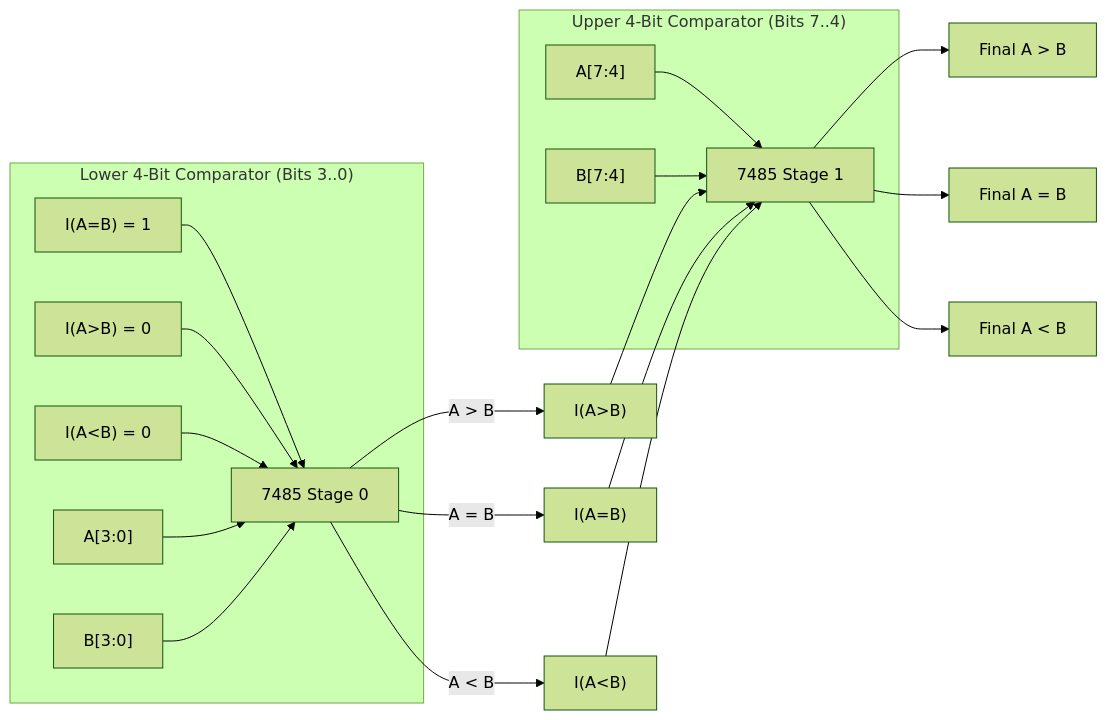
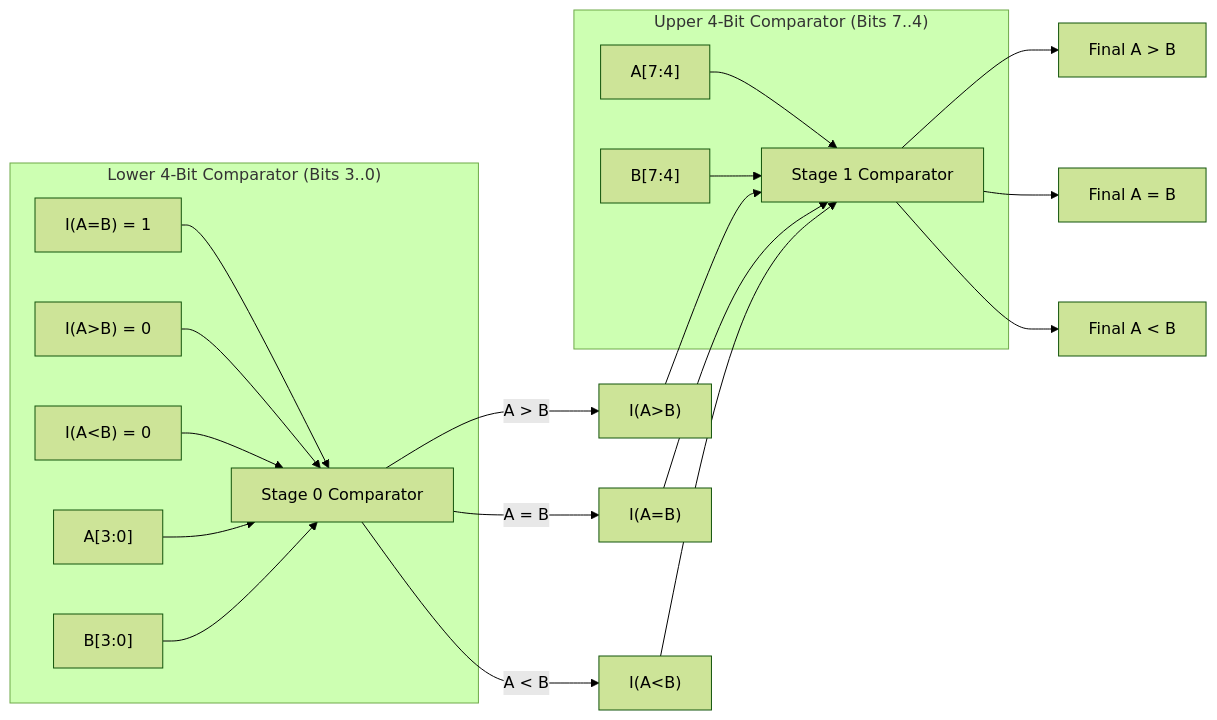
Before and after one commit to YatishGowda09/Sem-3-CSE-Notes: the fifth of 5 diagrams in DLCD/Unit 1/L08 - Binary Multipliers and Magnitude Comparators.md, drawn with Mermaid (forest theme). The commit also changed other lines of this file and 46 other files, not shown here.

````diff
--- a/DLCD/Unit 1/L08 - Binary Multipliers and Magnitude Comparators.md
+++ b/DLCD/Unit 1/L08 - Binary Multipliers and Magnitude Comparators.md
@@ -298,27 +298,27 @@
 ```mermaid
 flowchart LR
     subgraph Stage0["Lower 4-Bit Comparator (Bits 3..0)"]
-        TieEQ["I(A=B) = 1"] --> C0["7485 Stage 0"]
+        TieEQ["I(A=B) = 1"] --> C0["Stage 0 Comparator"]
         TieGT["I(A&gt;B) = 0"] --> C0
         TieLT["I(A&lt;B) = 0"] --> C0
         A_low["A[3:0]"] --> C0
         B_low["B[3:0]"] --> C0
     end
 
     subgraph Stage1["Upper 4-Bit Comparator (Bits 7..4)"]
-        A_high["A[7:4]"] --> C1["7485 Stage 1"]
+        A_high["A[7:4]"] --> C1["Stage 1 Comparator"]
         B_high["B[7:4]"] --> C1
     end
 
     C0 -- "A &gt; B" --> C1_GT["I(A&gt;B)"]
     C0 -- "A = B" --> C1_EQ["I(A=B)"]
     C0 -- "A &lt; B" --> C1_LT["I(A&lt;B)"]
 
     C1_GT --> C1
     C1_EQ --> C1
     C1_LT --> C1
 
     C1 --> F_GT["Final A &gt; B"]
     C1 --> F_EQ["Final A = B"]
     C1 --> F_LT["Final A &lt; B"]
 ```
````
